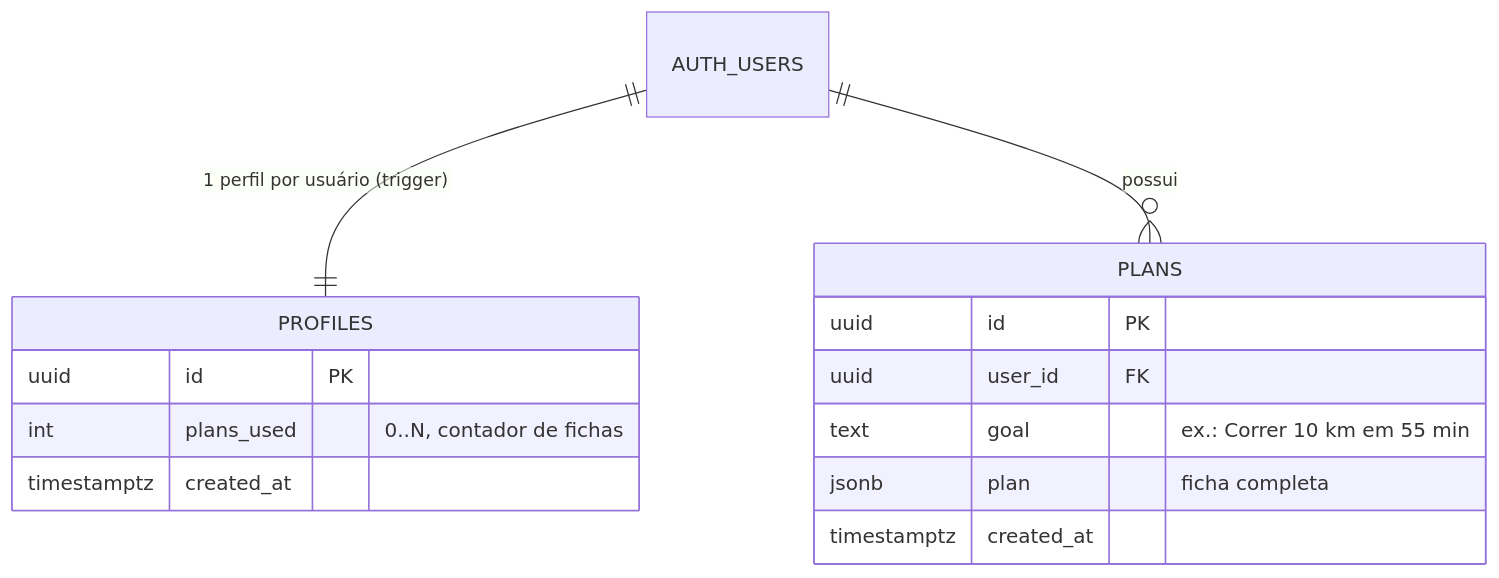
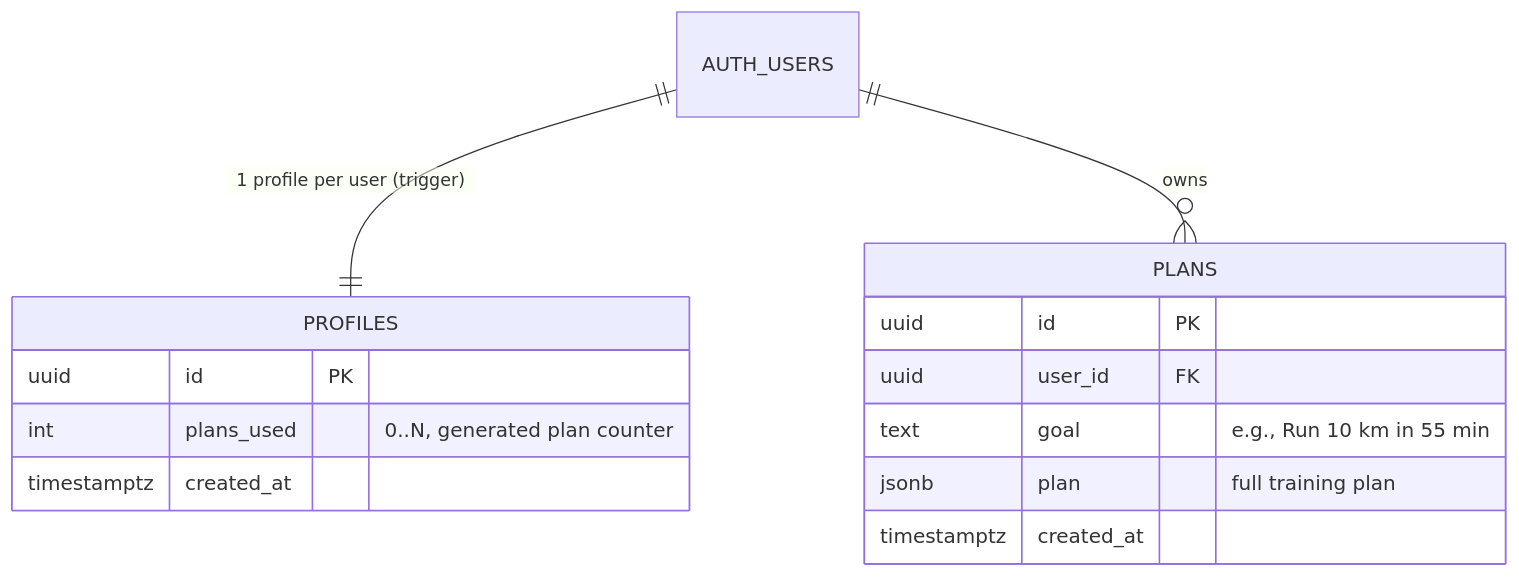
Before and after one commit to upedrooo/Evolux-Run-Coach: the third of 3 diagrams in docs/architecture.md, drawn with Mermaid. The commit also changed other lines of this file and 34 other files, not shown here.

````diff
--- a/docs/architecture.md
+++ b/docs/architecture.md
@@ -71,17 +71,17 @@
 ```mermaid
 erDiagram
-  AUTH_USERS ||--|| PROFILES : "1 perfil por usuário (trigger)"
-  AUTH_USERS ||--o{ PLANS : "possui"
+  AUTH_USERS ||--|| PROFILES : "1 profile per user (trigger)"
+  AUTH_USERS ||--o{ PLANS : "owns"
   PROFILES {
     uuid id PK
-    int plans_used "0..N, contador de fichas"
+    int plans_used "0..N, generated plan counter"
     timestamptz created_at
   }
   PLANS {
     uuid id PK
     uuid user_id FK
-    text goal "ex.: Correr 10 km em 55 min"
-    jsonb plan "ficha completa"
+    text goal "e.g., Run 10 km in 55 min"
+    jsonb plan "full training plan"
     timestamptz created_at
   }
 ```
````
